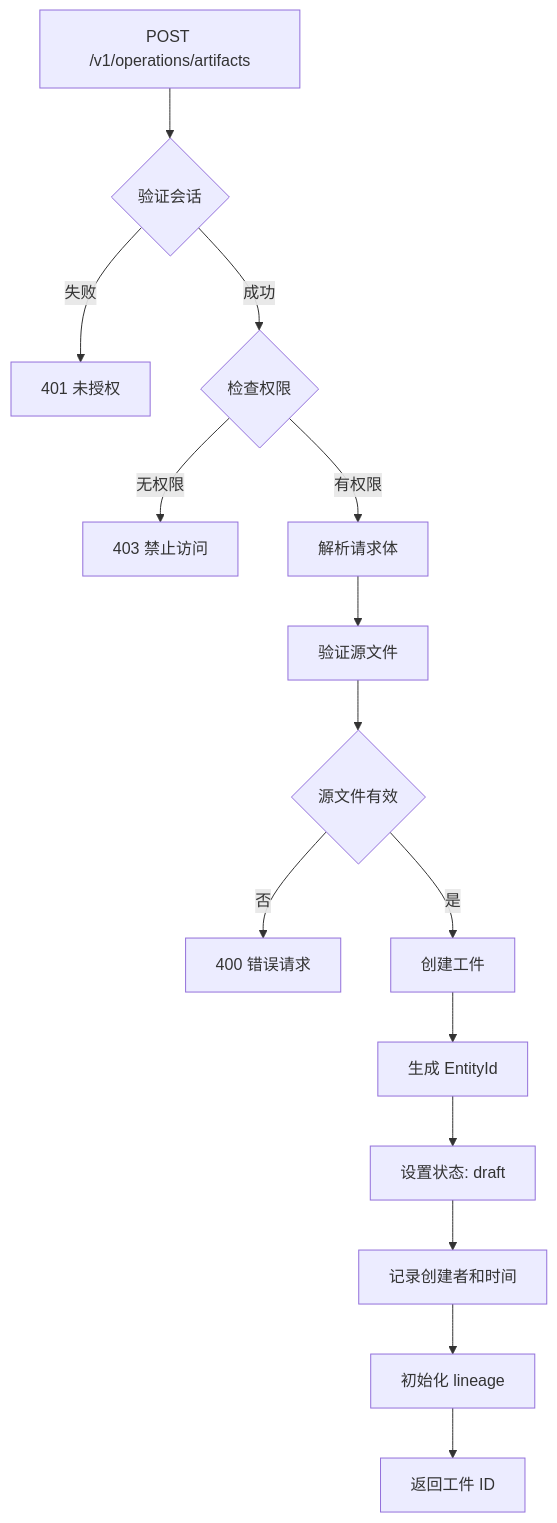
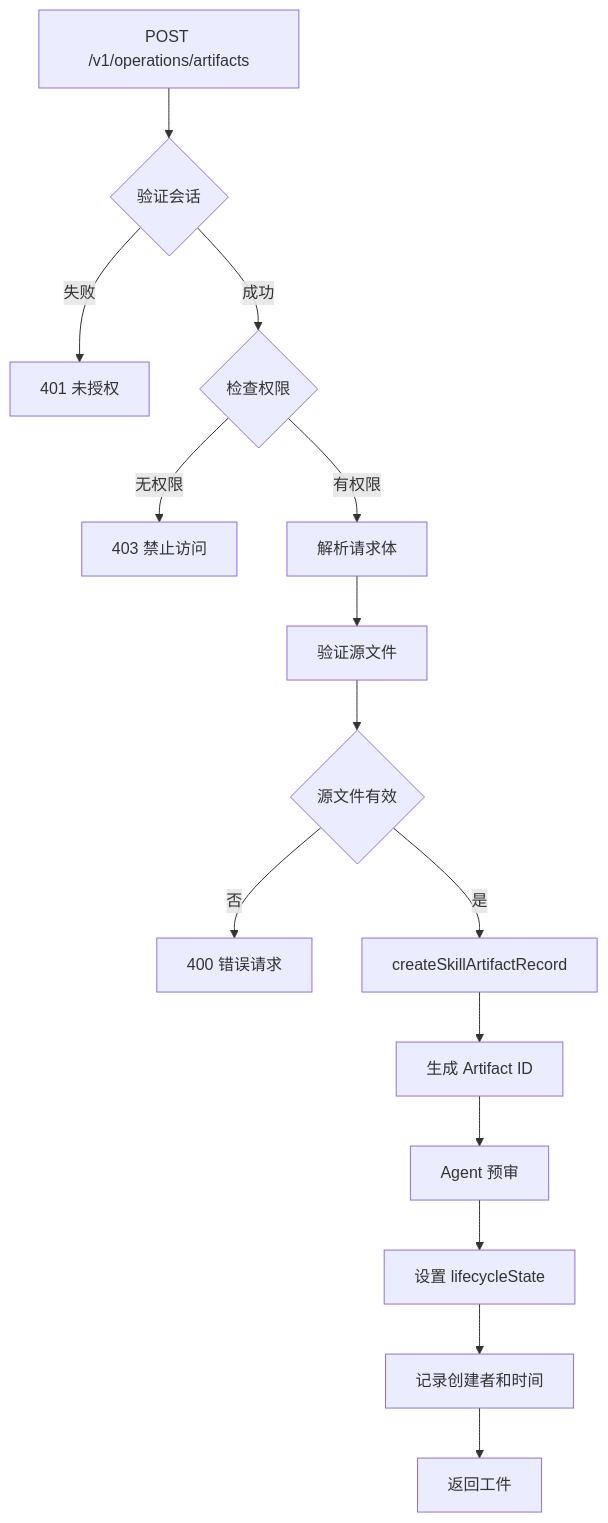
Before and after one commit to pofossette/TrapMap-for-vibing: the fourth of 7 diagrams in docs/architecture/components/ARTIFACTS.md, drawn with Mermaid. The commit also changed other lines of this file and 17 other files, not shown here.

````diff
--- a/docs/architecture/components/ARTIFACTS.md
+++ b/docs/architecture/components/ARTIFACTS.md
@@ -225,19 +238,19 @@
 ```mermaid
 flowchart TB
     A[POST /v1/operations/artifacts] --> B{验证会话}
     B -->|失败| C[401 未授权]
     B -->|成功| D{检查权限}
     D -->|无权限| E[403 禁止访问]
     D -->|有权限| F[解析请求体]
     
     F --> G[验证源文件]
     G --> H{源文件有效}
     H -->|否| I[400 错误请求]
-    H -->|是| J[创建工件]
+    H -->|是| J[createSkillArtifactRecord]
     
-    J --> K[生成 EntityId]
-    K --> L[设置状态: draft]
-    L --> M[记录创建者和时间]
-    M --> N[初始化 lineage]
-    N --> O[返回工件 ID]
+    J --> K[生成 Artifact ID]
+    K --> L[Agent 预审]
+    L --> M[设置 lifecycleState]
+    M --> N[记录创建者和时间]
+    N --> O[返回工件]
 ```
````
